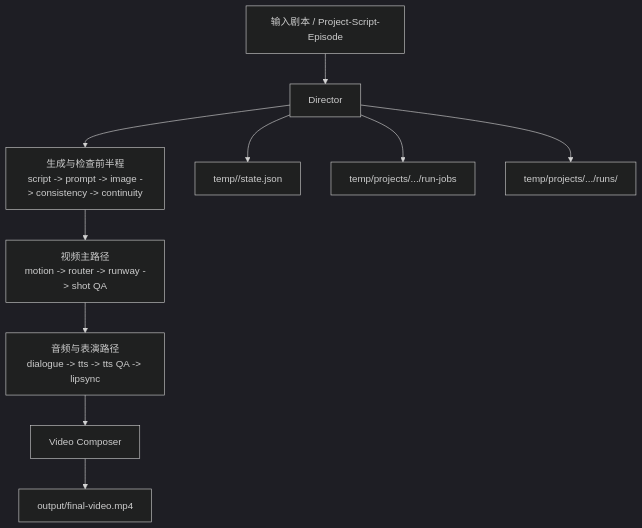
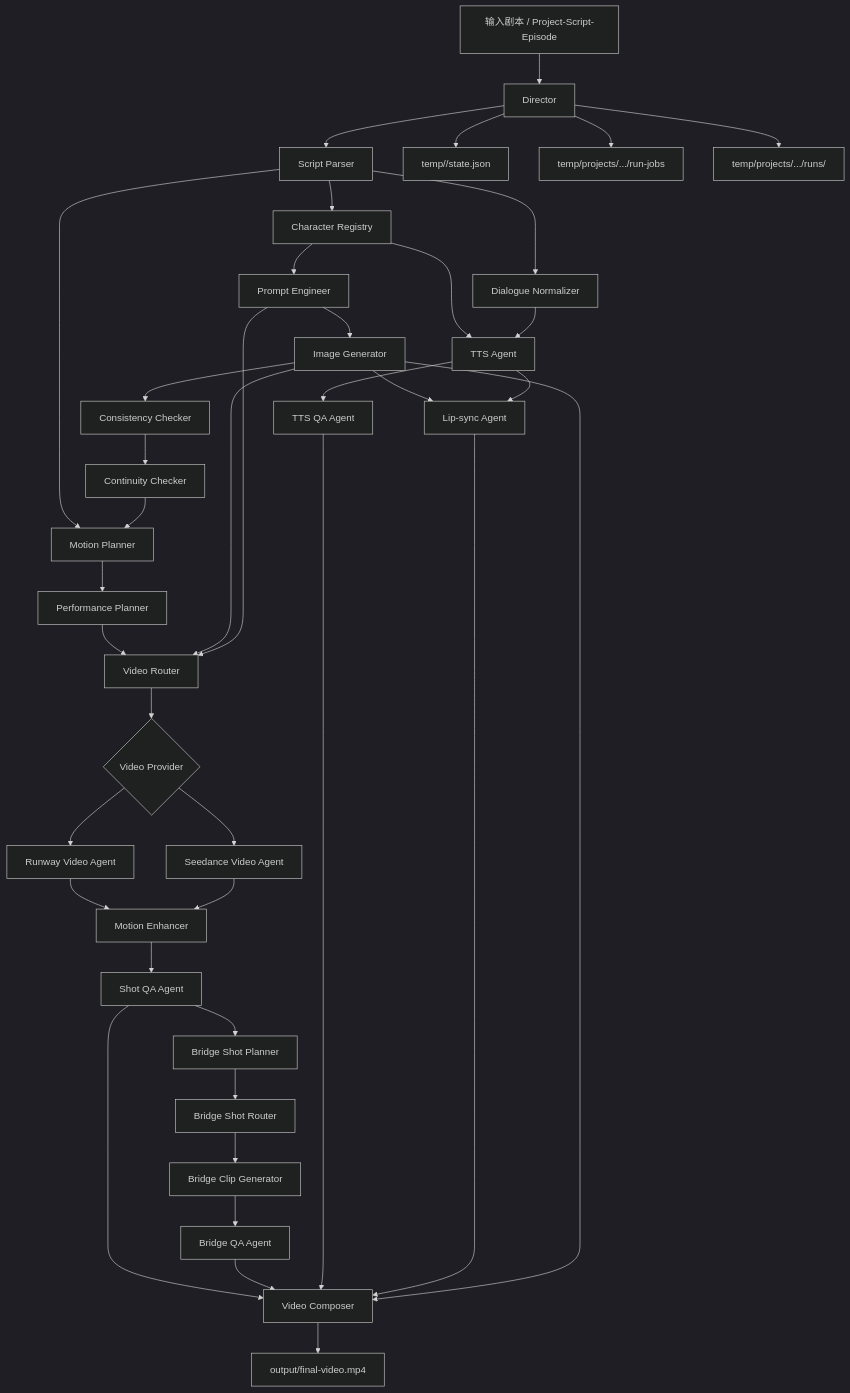
One commit to OliverPanda/AI-video-factory-pro changed the first of 2 diagrams in docs/runtime/README.md. Above: the diagram before and after it, drawn with Mermaid (dark theme). The commit also changed other lines of this file and 37 other files, not shown here.

````diff
--- a/docs/runtime/README.md
+++ b/docs/runtime/README.md
@@ -19,12 +19,41 @@
 ```mermaid
 flowchart TD
     A[输入剧本 / Project-Script-Episode] --> B[Director]
-    B --> C[生成与检查前半程<br/>script -> prompt -> image -> consistency -> continuity]
-    C --> D[视频主路径<br/>motion -> router -> runway -> shot QA]
-    D --> E[音频与表演路径<br/>dialogue -> tts -> tts QA -> lipsync]
-    E --> F[Video Composer]
-    F --> G[output/final-video.mp4]
-    B --> H[temp/<jobId>/state.json]
-    B --> I[temp/projects/.../run-jobs]
-    B --> J[temp/projects/.../runs/<runId>]
+    B --> C[Script Parser]
+    C --> D[Character Registry]
+    D --> E[Prompt Engineer]
+    E --> F[Image Generator]
+    F --> G[Consistency Checker]
+    G --> H[Continuity Checker]
+    C --> I[Motion Planner]
+    H --> I
+    I --> J[Performance Planner]
+    J --> K[Video Router]
+    F --> K
+    E --> K
+    K --> L{Video Provider}
+    L --> L1[Runway Video Agent]
+    L --> L2[Seedance Video Agent]
+    L1 --> M[Motion Enhancer]
+    L2 --> M
+    M --> N[Shot QA Agent]
+    N --> O[Bridge Shot Planner]
+    O --> P[Bridge Shot Router]
+    P --> Q[Bridge Clip Generator]
+    Q --> R[Bridge QA Agent]
+    C --> S[Dialogue Normalizer]
+    D --> T[TTS Agent]
+    S --> T
+    T --> U[TTS QA Agent]
+    F --> V[Lip-sync Agent]
+    T --> V
+    N --> W[Video Composer]
+    R --> W
+    U --> W
+    V --> W
+    F --> W
+    W --> X[output/final-video.mp4]
+    B --> Y[temp/<jobId>/state.json]
+    B --> Z[temp/projects/.../run-jobs]
+    B --> AA[temp/projects/.../runs/<runId>]
 ```
````
